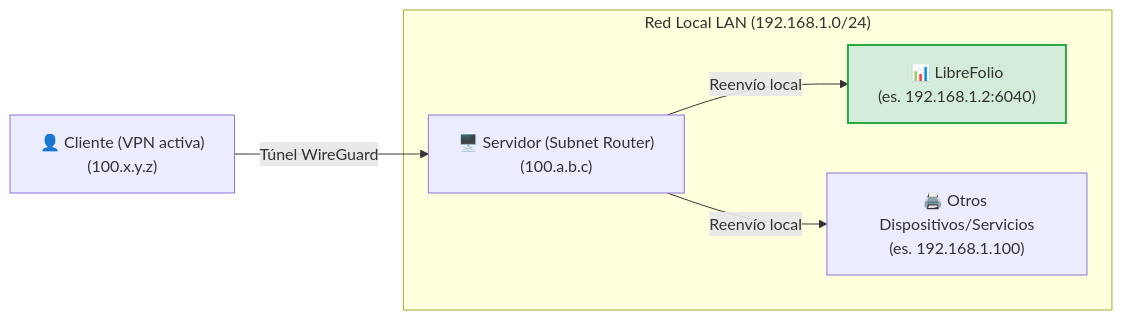
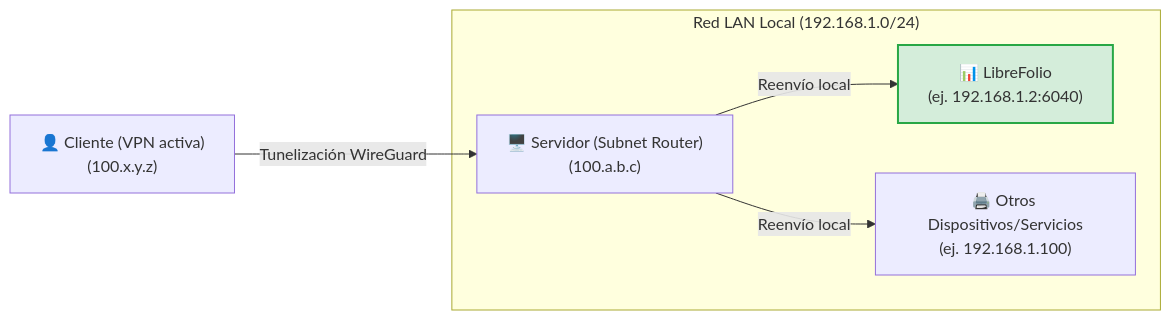
The third of 5 diagrams in mkdocs_src/docs/admin/tailscale_exposure.es.md (Librefolio/LibreFolio), drawn with Mermaid before and after one commit. The commit also changed other lines of this file and 13 other files, not shown here.

````diff
--- a/mkdocs_src/docs/admin/tailscale_exposure.es.md
+++ b/mkdocs_src/docs/admin/tailscale_exposure.es.md
@@ -139,9 +139,9 @@
 ```mermaid
 graph LR
-    Client["👤 Cliente (VPN activa)<br>(100.x.y.z)"] -->|Túnel WireGuard| Server["🖥️ Servidor (Subnet Router)<br>(100.a.b.c)"]
-    subgraph LAN ["Red Local LAN (192.168.1.0/24)"]
-        Server -->|Reenvío local| LibreFolio["📊 LibreFolio<br>(es. 192.168.1.2:6040)"]
-        Server -->|Reenvío local| OtherDevice["🖨️ Otros Dispositivos/Servicios<br>(es. 192.168.1.100)"]
-    end
-    style LibreFolio fill:#d4edda,stroke:#28a745,stroke-width:2px;
+ Client["👤 Cliente (VPN activa)<br>(100.x.y.z)"] -->|Tunelización WireGuard| Server["🖥️ Servidor (Subnet Router)<br>(100.a.b.c)"]
+ subgraph LAN ["Red LAN Local (192.168.1.0/24)"]
+ Server -->|Reenvío local| LibreFolio["📊 LibreFolio<br>(ej. 192.168.1.2:6040)"]
+ Server -->|Reenvío local| OtherDevice["🖨️ Otros Dispositivos/Servicios<br>(ej. 192.168.1.100)"]
+ end
+ style LibreFolio fill:#d4edda,stroke:#28a745,stroke-width:2px;
 ```
````
